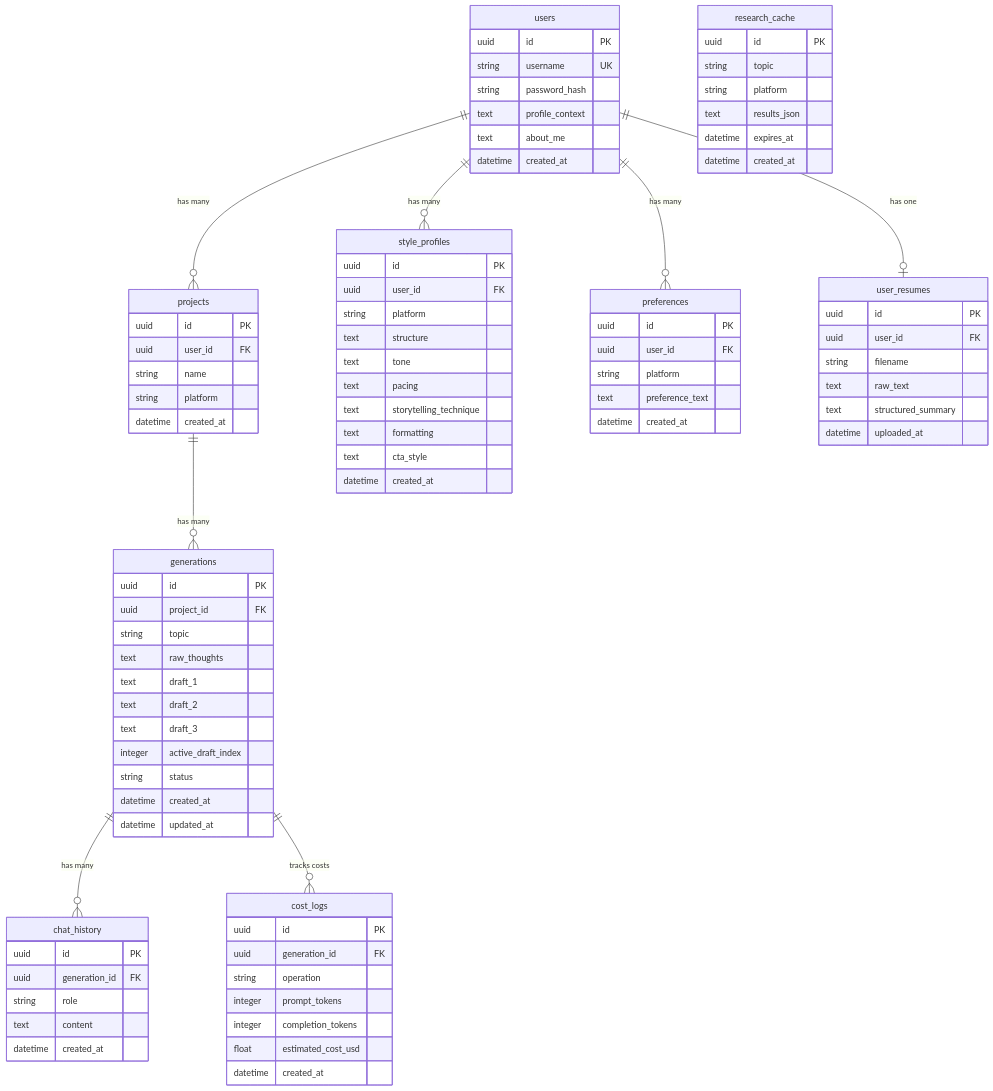
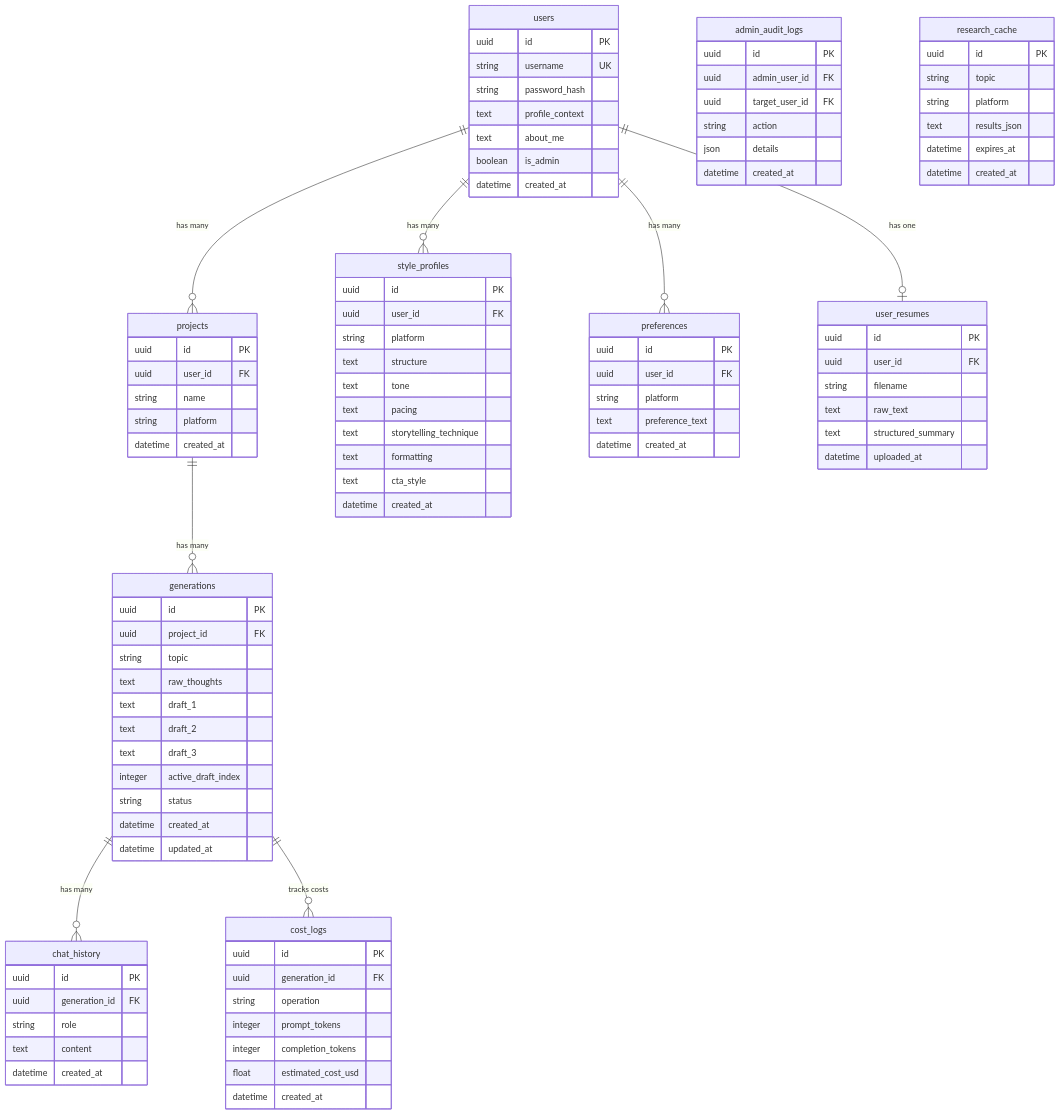
The fifth of 5 diagrams in PostCraft_AI_Complete_Documentation.md (xShikhar/PostCraft-AI), drawn with Mermaid before and after one commit. The commit also changed other lines of this file and 8 other files, not shown here.

```diff
--- a/PostCraft_AI_Complete_Documentation.md
+++ b/PostCraft_AI_Complete_Documentation.md
@@ -342,6 +342,7 @@
         string password_hash
         text profile_context
         text about_me
+        boolean is_admin
         datetime created_at
     }
 
@@ -405,6 +406,15 @@
         datetime uploaded_at
     }
 
+    admin_audit_logs {
+        uuid id PK
+        uuid admin_user_id FK
+        uuid target_user_id FK
+        string action
+        json details
+        datetime created_at
+    }
+
     research_cache {
         uuid id PK
         string topic
```
